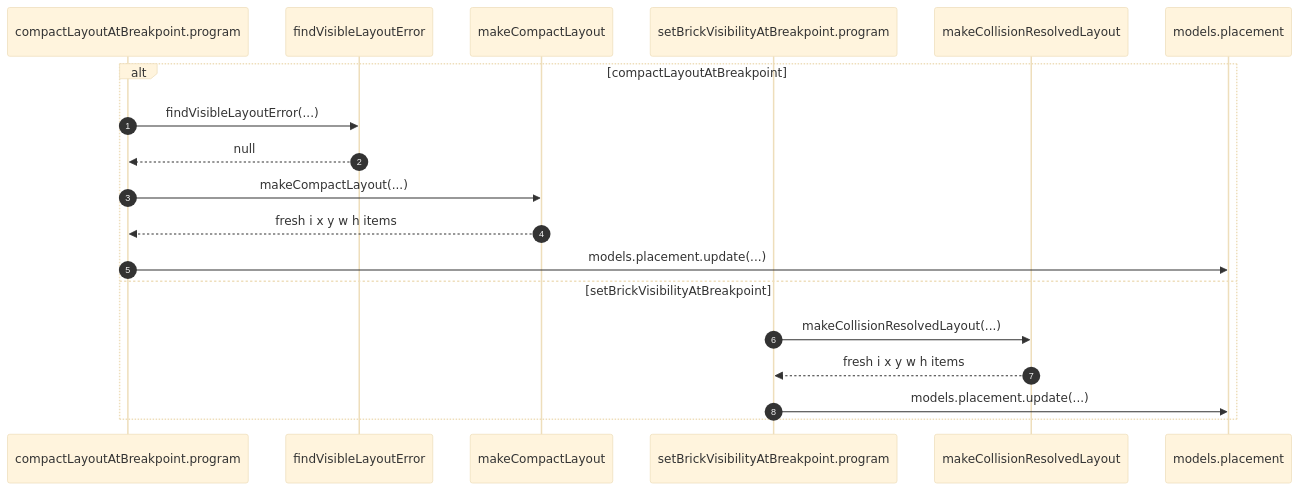
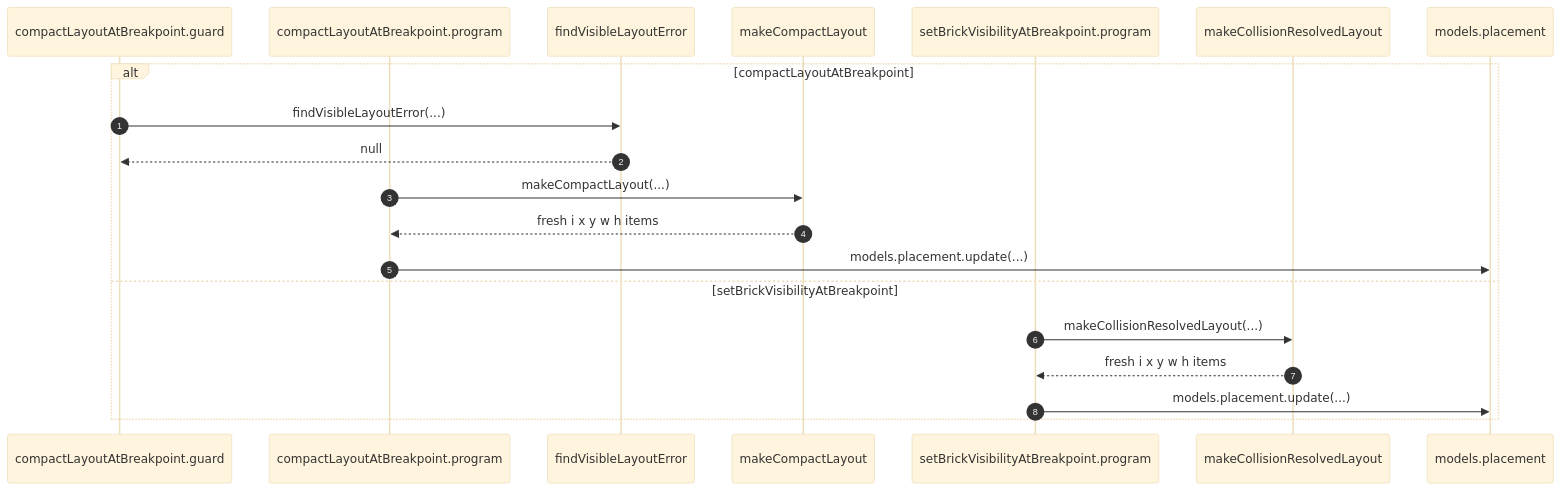
Before and after one commit to morgs32/qrk.sh: the second of 4 diagrams in wiki/architecture/browser/LibraryGridItem.md, drawn with Mermaid (base theme). The commit also changed other lines of this file and 15 other files, not shown here.

````diff
--- a/wiki/architecture/browser/LibraryGridItem.md
+++ b/wiki/architecture/browser/LibraryGridItem.md
@@ -56,28 +94,29 @@
 ```mermaid
 sequenceDiagram
+  participant compactGuard as compactLayoutAtBreakpoint.guard
   participant compactProgram as compactLayoutAtBreakpoint.program
   participant findVisibleLayoutError
   participant makeCompactLayout
   participant setVisibilityProgram as setBrickVisibilityAtBreakpoint.program
   participant makeCollisionResolvedLayout
   participant placementModel as models.placement
   alt compactLayoutAtBreakpoint
     autonumber 1
-    compactProgram->>findVisibleLayoutError: findVisibleLayoutError(...)
+    compactGuard->>findVisibleLayoutError: findVisibleLayoutError(...)
     autonumber 2
-    findVisibleLayoutError-->>compactProgram: null
+    findVisibleLayoutError-->>compactGuard: null
     autonumber 3
     compactProgram->>makeCompactLayout: makeCompactLayout(...)
     autonumber 4
     makeCompactLayout-->>compactProgram: fresh i x y w h items
     autonumber 5
     compactProgram->>placementModel: models.placement.update(...)
   else setBrickVisibilityAtBreakpoint
     autonumber 6
     setVisibilityProgram->>makeCollisionResolvedLayout: makeCollisionResolvedLayout(...)
     autonumber 7
     makeCollisionResolvedLayout-->>setVisibilityProgram: fresh i x y w h items
     autonumber 8
     setVisibilityProgram->>placementModel: models.placement.update(...)
   end
 ```
````
